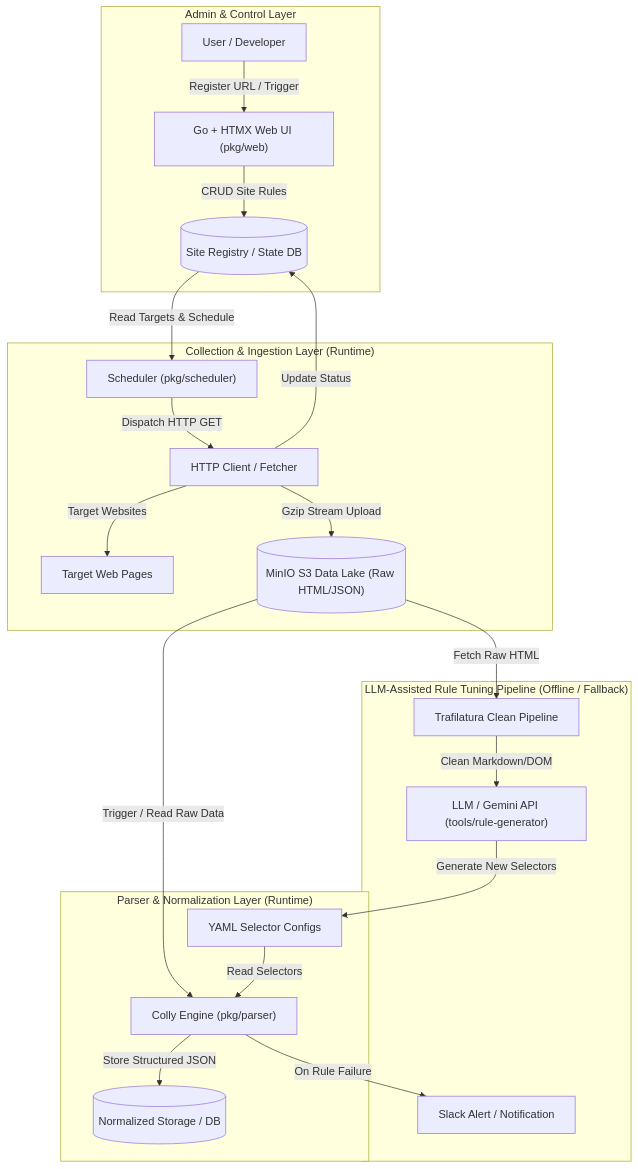
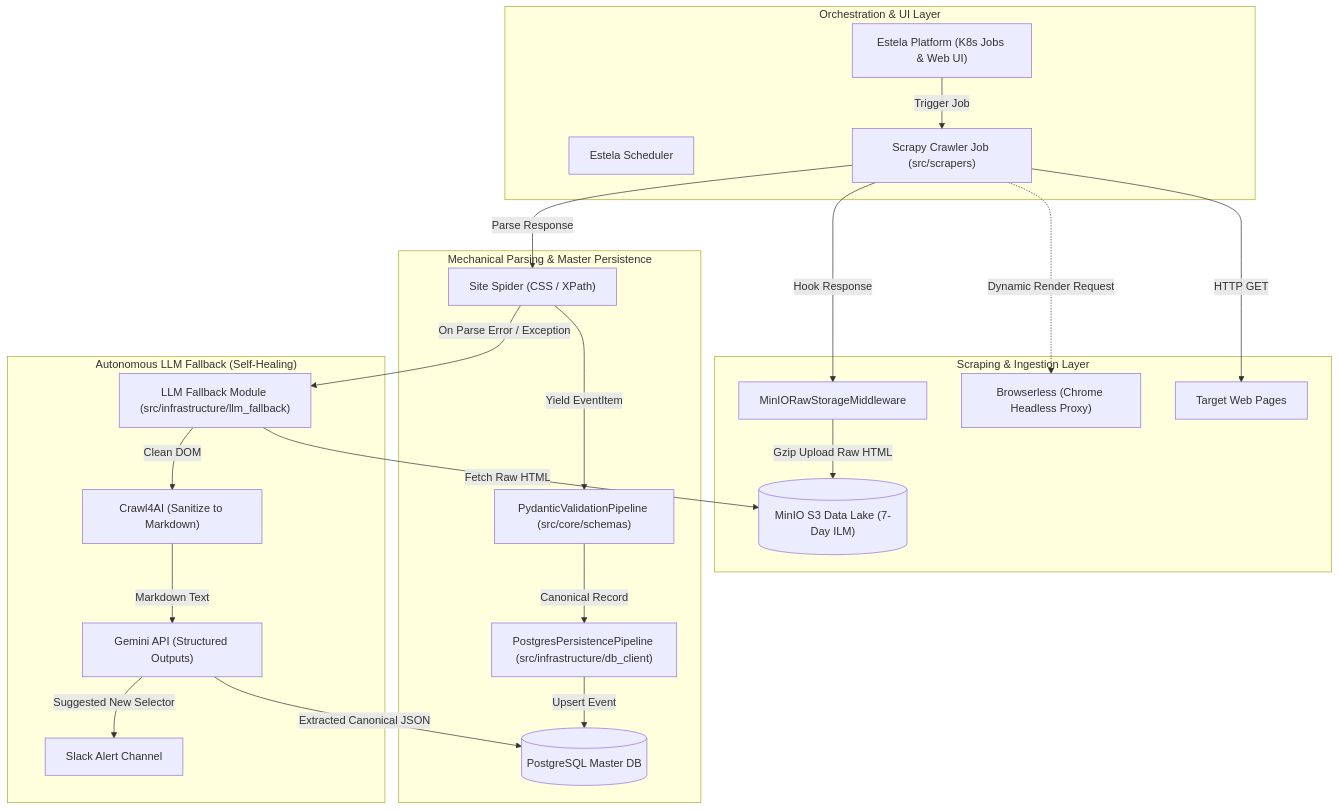
The diagram in docs/architecture.md (AobaIwaki123/lumiscrape), drawn with Mermaid before and after one commit. The commit also changed other lines of this file and 52 other files, not shown here.

Commit message:
feat: 基本設計書更新に基づく Clean Architecture & Python/Scrapy 基盤への再構築

````diff
--- a/docs/architecture.md
+++ b/docs/architecture.md
@@ -9,41 +9,44 @@
 ```mermaid
 flowchart TD
-    subgraph "Admin & Control Layer"
-        User["User / Developer"]
-        WebUI["Go + HTMX Web UI (pkg/web)"]
-        StateDB[("Site Registry / State DB")]
-        User -->|"Register URL / Trigger"| WebUI
-        WebUI -->|"CRUD Site Rules"| StateDB
+    subgraph "Orchestration & UI Layer"
+        Estela["Estela Platform (K8s Jobs & Web UI)"]
+        CronSched["Estela Scheduler"]
+        Estela -->|"Trigger Job"| ScrapyContainer["Scrapy Crawler Job (src/scrapers)"]
     end
 
-    subgraph "Collection & Ingestion Layer (Runtime)"
-        Scheduler["Scheduler (pkg/scheduler)"]
-        Fetcher["HTTP Client / Fetcher"]
-        MinIO[("MinIO S3 Data Lake (Raw HTML/JSON)")]
-        StateDB -->|"Read Targets & Schedule"| Scheduler
-        Scheduler -->|"Dispatch HTTP GET"| Fetcher
-        Fetcher -->|"Target Websites"| WebTarget["Target Web Pages"]
-        Fetcher -->|"Gzip Stream Upload"| MinIO
-        Fetcher -->|"Update Status"| StateDB
+    subgraph "Scraping & Ingestion Layer"
+        ScrapyContainer -->|"HTTP GET"| WebTarget["Target Web Pages"]
+        ScrapyContainer -.->|"Dynamic Render Request"| Browserless["Browserless (Chrome Headless Proxy)"]
+        ScrapyMiddleware["MinIORawStorageMiddleware"]
+        MinIO[("MinIO S3 Data Lake (7-Day ILM)")]
+        
+        ScrapyContainer -->|"Hook Response"| ScrapyMiddleware
+        ScrapyMiddleware -->|"Gzip Upload Raw HTML"| MinIO
     end
 
-    subgraph "Parser & Normalization Layer (Runtime)"
-        RuleConfig["YAML Selector Configs"]
-        ParserEngine["Colly Engine (pkg/parser)"]
-        TargetDB[("Normalized Storage / DB")]
-        MinIO -->|"Trigger / Read Raw Data"| ParserEngine
-        RuleConfig -->|"Read Selectors"| ParserEngine
-        ParserEngine -->|"Store Structured JSON"| TargetDB
+    subgraph "Mechanical Parsing & Master Persistence"
+        Spider["Site Spider (CSS / XPath)"]
+        ValidationPipeline["PydanticValidationPipeline (src/core/schemas)"]
+        PostgresPipeline["PostgresPersistencePipeline (src/infrastructure/db_client)"]
+        PostgresDB[("PostgreSQL Master DB")]
+        
+        ScrapyContainer -->|"Parse Response"| Spider
+        Spider -->|"Yield EventItem"| ValidationPipeline
+        ValidationPipeline -->|"Canonical Record"| PostgresPipeline
+        PostgresPipeline -->|"Upsert Event"| PostgresDB
     end
 
-    subgraph "LLM-Assisted Rule Tuning Pipeline (Offline / Fallback)"
-        Trafilatura["Trafilatura Clean Pipeline"]
-        LLMEngine["LLM / Gemini API (tools/rule-generator)"]
-        SlackAlert["Slack Alert / Notification"]
-        
-        ParserEngine -->|"On Rule Failure"| SlackAlert
-        MinIO -->|"Fetch Raw HTML"| Trafilatura
-        Trafilatura -->|"Clean Markdown/DOM"| LLMEngine
-        LLMEngine -->|"Generate New Selectors"| RuleConfig
+    subgraph "Autonomous LLM Fallback (Self-Healing)"
+        LLMFallback["LLM Fallback Module (src/infrastructure/llm_fallback)"]
+        Crawl4AI["Crawl4AI (Sanitize to Markdown)"]
+        GeminiAPI["Gemini API (Structured Outputs)"]
+        Slack["Slack Alert Channel"]
+
+        Spider -->|"On Parse Error / Exception"| LLMFallback
+        LLMFallback -->|"Fetch Raw HTML"| MinIO
+        LLMFallback -->|"Clean DOM"| Crawl4AI
+        Crawl4AI -->|"Markdown Text"| GeminiAPI
+        GeminiAPI -->|"Extracted Canonical JSON"| PostgresDB
+        GeminiAPI -->|"Suggested New Selector"| Slack
     end
 ```
````
